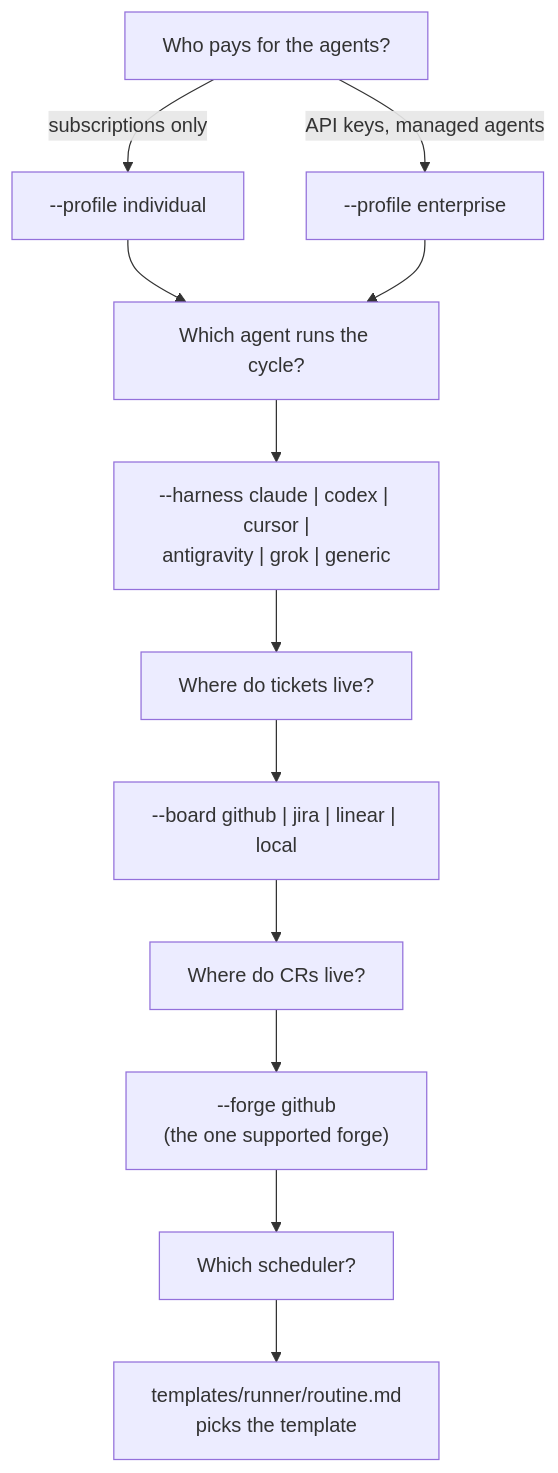
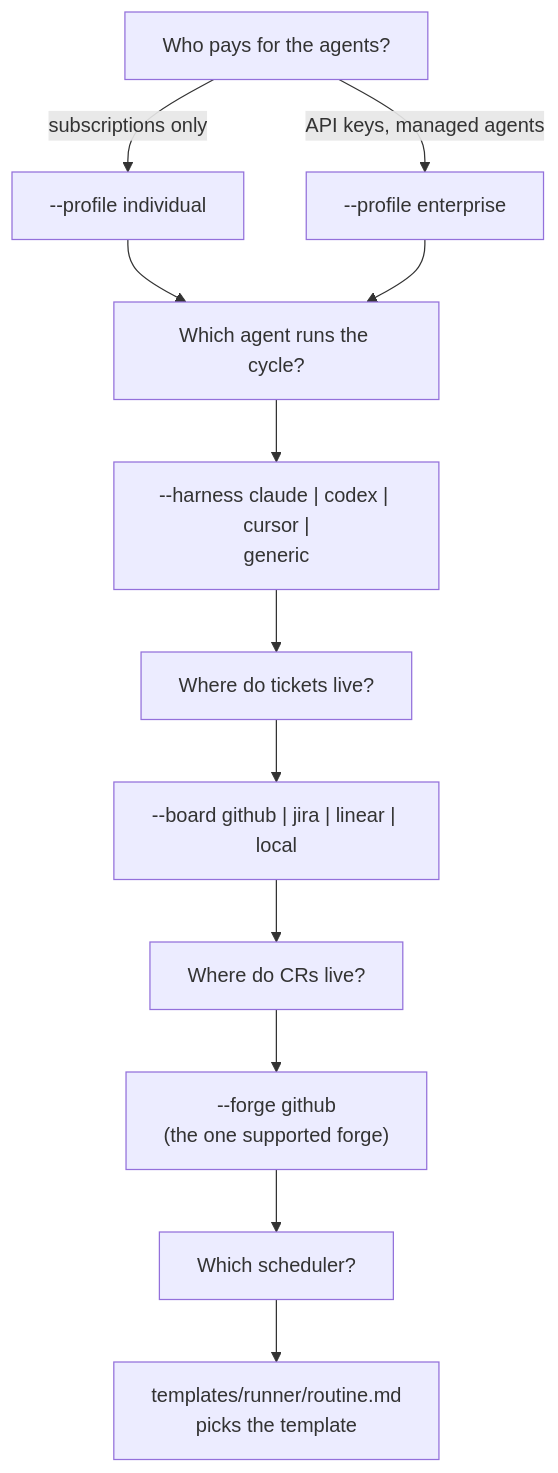
One commit to dmitriywind/agentic-sdlc changed the first of 2 diagrams in docs/adoption.md. Above: the diagram before and after it, drawn with Mermaid. The commit also changed 13 other files, not shown here.

First line of the commit message:
Integrate the cloud streams: drop the learning budget, Grok, Antigravity and mcp --http from the docs

````diff
--- a/docs/adoption.md
+++ b/docs/adoption.md
@@ -8,14 +8,14 @@
 ```mermaid
 flowchart TD
   A["Who pays for the agents?"] -->|"subscriptions only"| IND["--profile individual"]
   A -->|"API keys, managed agents"| ENT["--profile enterprise"]
   IND --> H["Which agent runs the cycle?"]
   ENT --> H
-  H --> HC["--harness claude | codex | cursor |<br/>antigravity | grok | generic"]
+  H --> HC["--harness claude | codex | cursor |<br/>generic"]
   HC --> B["Where do tickets live?"]
   B --> BC["--board github | jira | linear | local"]
   BC --> F["Where do CRs live?"]
   F --> FG["--forge github<br/>(the one supported forge)"]
   FG --> S["Which scheduler?"]
   S --> SC["templates/runner/routine.md<br/>picks the template"]
 ```
````
